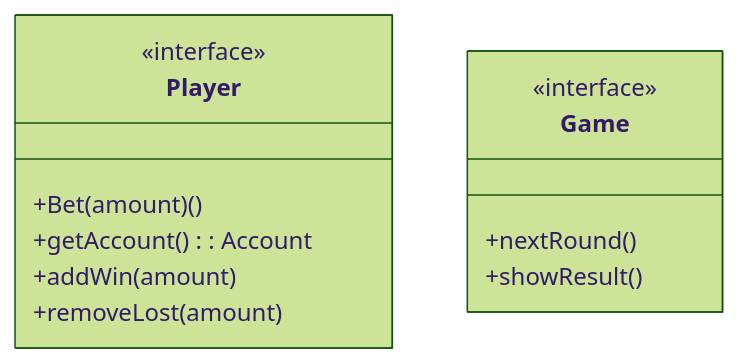
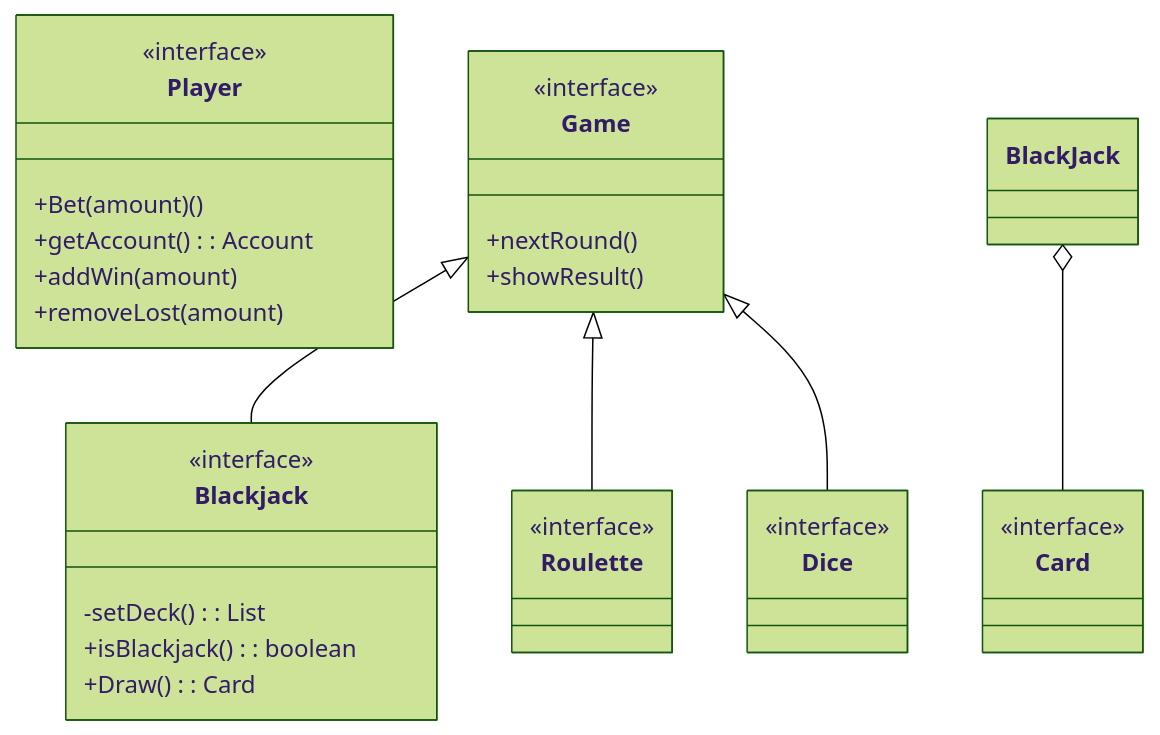
The first of 5 diagrams in README.md (MatteoCalvanico/pss23-Calvanico-Monti-Ghinelli-VirtualCasino), drawn with Mermaid (forest theme) before and after one commit.

Commit message:
Update UML

````diff
--- a/README.md
+++ b/README.md
@@ -33,18 +33,45 @@
 ```mermaid
 classDiagram
 
 class Player {
     +Bet(amount)()
     +getAccount(): Account
     +addWin(amount)
     +removeLost(amount)
 }
 <<interface>> Player
 
 class Game {
     +nextRound()
     +showResult()    
 }
 <<interface>> Game
 
+class Blackjack {
+    -setDeck(): List<Card>
+    +isBlackjack(): boolean
+    +Draw(): Card
+}
+<<interface>> Blackjack
+
+class Card {
+
+}
+<<interface>> Card
+
+class Roulette {
+
+}
+<<interface>> Roulette
+
+class Dice {
+
+}
+<<interface>> Dice
+
+Game <|-- Blackjack
+Game <|-- Roulette
+Game <|-- Dice
+BlackJack o-- Card
+
 ```
````
